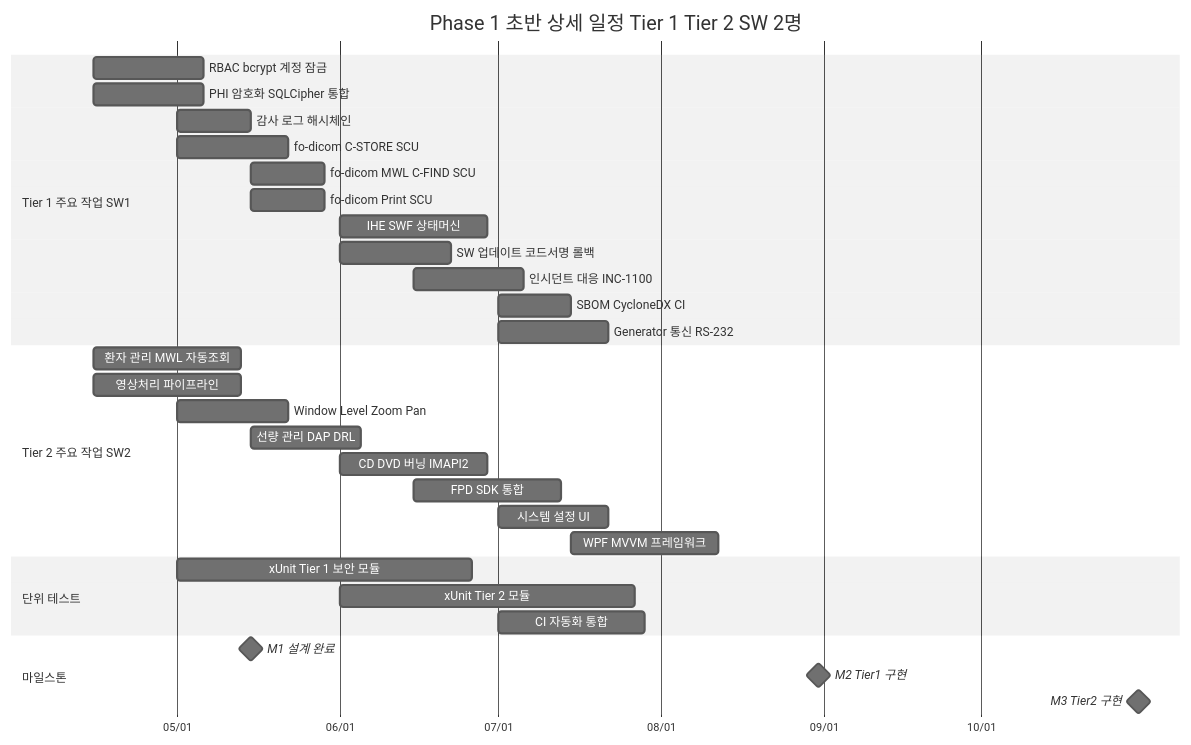
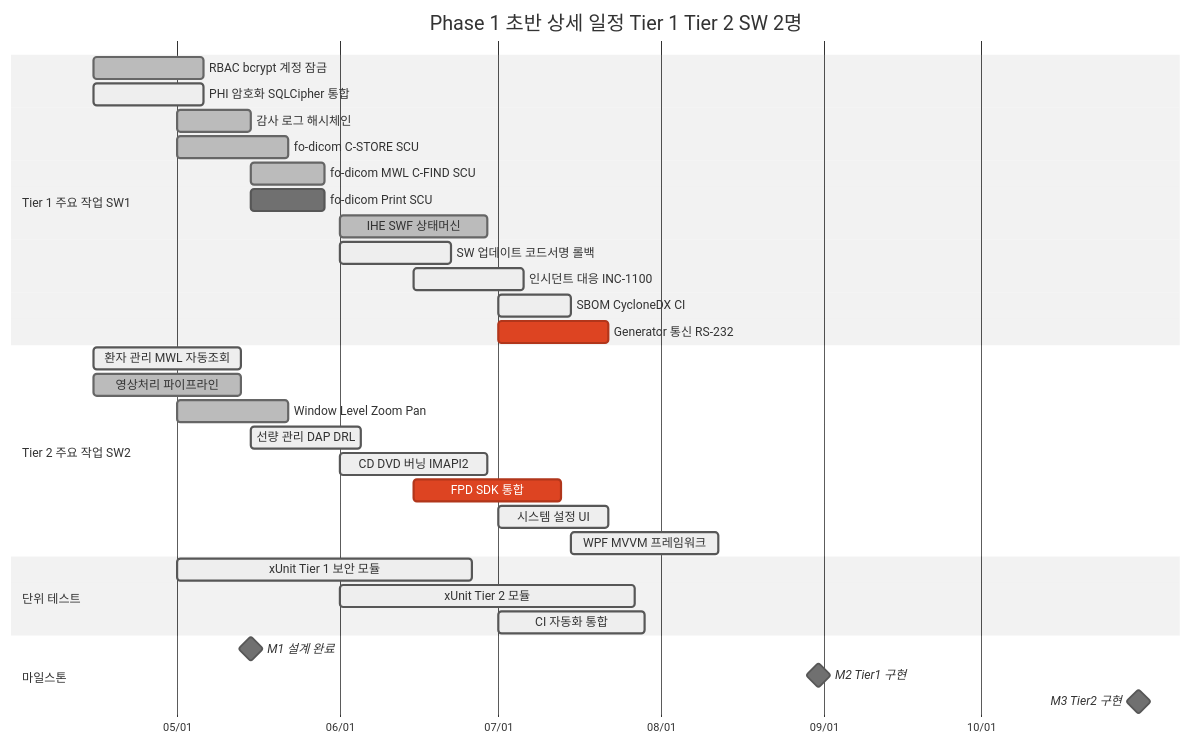
Before and after one commit to holee9/console-gui: the fifth of 6 diagrams in docs/management/WBS-001_WBS_v2.0.md, drawn with Mermaid (neutral theme). The commit also changed other lines of this file and 27 other files, not shown here.

````diff
--- a/docs/management/WBS-001_WBS_v2.0.md
+++ b/docs/management/WBS-001_WBS_v2.0.md
@@ -305,39 +306,39 @@
 ```mermaid
 gantt
     title Phase 1 초반 상세 일정 Tier 1 Tier 2 SW 2명
     dateFormat  YYYY-MM-DD
     axisFormat  %m/%d
 
     section Tier 1 주요 작업 SW1
-    RBAC bcrypt 계정 잠금     :t1a, 2026-04-15, 3w
-    PHI 암호화 SQLCipher 통합 :t1b, 2026-04-15, 3w
-    감사 로그 해시체인        :t1c, 2026-05-01, 2w
-    fo-dicom C-STORE SCU      :t1d, 2026-05-01, 3w
-    fo-dicom MWL C-FIND SCU   :t1e, 2026-05-15, 2w
+    RBAC bcrypt 계정 잠금     :done, t1a, 2026-04-15, 3w
+    PHI 암호화 SQLCipher 통합 :active, t1b, 2026-04-15, 3w
+    감사 로그 해시체인        :done, t1c, 2026-05-01, 2w
+    fo-dicom C-STORE SCU      :done, t1d, 2026-05-01, 3w
+    fo-dicom MWL C-FIND SCU   :done, t1e, 2026-05-15, 2w
     fo-dicom Print SCU        :t1f, 2026-05-15, 2w
-    IHE SWF 상태머신          :t1g, 2026-06-01, 4w
-    SW 업데이트 코드서명 롤백 :t1h, 2026-06-01, 3w
-    인시던트 대응 INC-1100    :t1i, 2026-06-15, 3w
-    SBOM CycloneDX CI         :t1j, 2026-07-01, 2w
-    Generator 통신 RS-232     :t1k, 2026-07-01, 3w
+    IHE SWF 상태머신          :done, t1g, 2026-06-01, 4w
+    SW 업데이트 코드서명 롤백 :active, t1h, 2026-06-01, 3w
+    인시던트 대응 INC-1100    :active, t1i, 2026-06-15, 3w
+    SBOM CycloneDX CI         :active, t1j, 2026-07-01, 2w
+    Generator 통신 RS-232     :crit, t1k, 2026-07-01, 3w
 
     section Tier 2 주요 작업 SW2
-    환자 관리 MWL 자동조회    :t2a, 2026-04-15, 4w
-    영상처리 파이프라인       :t2b, 2026-04-15, 4w
-    Window Level Zoom Pan     :t2c, 2026-05-01, 3w
-    선량 관리 DAP DRL         :t2d, 2026-05-15, 3w
-    CD DVD 버닝 IMAPI2        :t2e, 2026-06-01, 4w
-    FPD SDK 통합              :t2f, 2026-06-15, 4w
-    시스템 설정 UI            :t2g, 2026-07-01, 3w
-    WPF MVVM 프레임워크       :t2h, 2026-07-15, 4w
+    환자 관리 MWL 자동조회    :active, t2a, 2026-04-15, 4w
+    영상처리 파이프라인       :done, t2b, 2026-04-15, 4w
+    Window Level Zoom Pan     :done, t2c, 2026-05-01, 3w
+    선량 관리 DAP DRL         :active, t2d, 2026-05-15, 3w
+    CD DVD 버닝 IMAPI2        :active, t2e, 2026-06-01, 4w
+    FPD SDK 통합              :crit, t2f, 2026-06-15, 4w
+    시스템 설정 UI            :active, t2g, 2026-07-01, 3w
+    WPF MVVM 프레임워크       :active, t2h, 2026-07-15, 4w
 
     section 단위 테스트
-    xUnit Tier 1 보안 모듈    :ut1, 2026-05-01, 8w
-    xUnit Tier 2 모듈         :ut2, 2026-06-01, 8w
-    CI 자동화 통합            :ut3, 2026-07-01, 4w
+    xUnit Tier 1 보안 모듈    :active, ut1, 2026-05-01, 8w
+    xUnit Tier 2 모듈         :active, ut2, 2026-06-01, 8w
+    CI 자동화 통합            :active, ut3, 2026-07-01, 4w
 
     section 마일스톤
     M1 설계 완료              :milestone, m1, 2026-05-15, 0d
     M2 Tier1 구현             :milestone, m2, 2026-08-31, 0d
     M3 Tier2 구현             :milestone, m3, 2026-10-31, 0d
 ```
````
